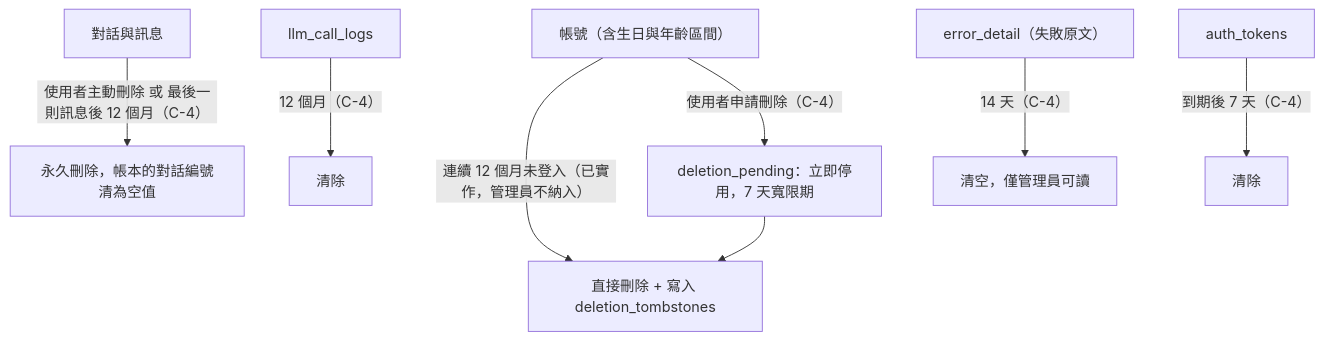
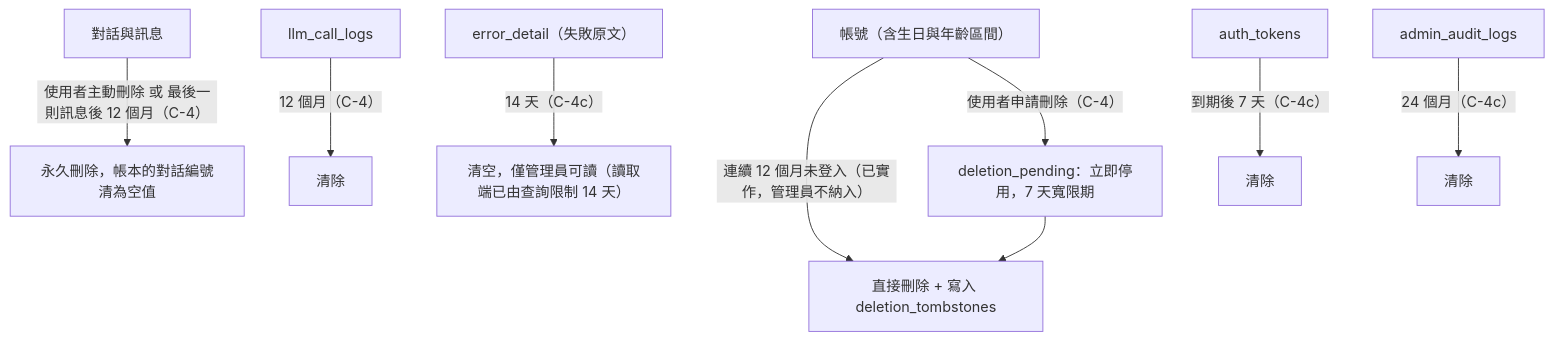
The third of 3 diagrams in docs/資料模型-data-model.md (pp466pp466/R.A.C), drawn with Mermaid before and after one commit. The commit also changed other lines of this file and 54 other files, not shown here.

````diff
--- a/docs/資料模型-data-model.md
+++ b/docs/資料模型-data-model.md
@@ -139,9 +154,10 @@
 ```mermaid
 flowchart TD
     Msg["對話與訊息"] -->|"使用者主動刪除 或 最後一則訊息後 12 個月（C-4）"| Del1["永久刪除，帳本的對話編號清為空值"]
     Acc["帳號（含生日與年齡區間）"] -->|"連續 12 個月未登入（已實作，管理員不納入）"| Del2["直接刪除 + 寫入 deletion_tombstones"]
     Acc -->|"使用者申請刪除（C-4）"| Pend["deletion_pending：立即停用，7 天寬限期"] --> Del2
     Log["llm_call_logs"] -->|"12 個月（C-4）"| Del3["清除"]
-    Err["error_detail（失敗原文）"] -->|"14 天（C-4）"| Del4["清空，僅管理員可讀"]
-    Tok["auth_tokens"] -->|"到期後 7 天（C-4）"| Del5["清除"]
+    Err["error_detail（失敗原文）"] -->|"14 天（C-4c）"| Del4["清空，僅管理員可讀（讀取端已由查詢限制 14 天）"]
+    Tok["auth_tokens"] -->|"到期後 7 天（C-4c）"| Del5["清除"]
+    Aud["admin_audit_logs"] -->|"24 個月（C-4c）"| Del6["清除"]
 ```
````
